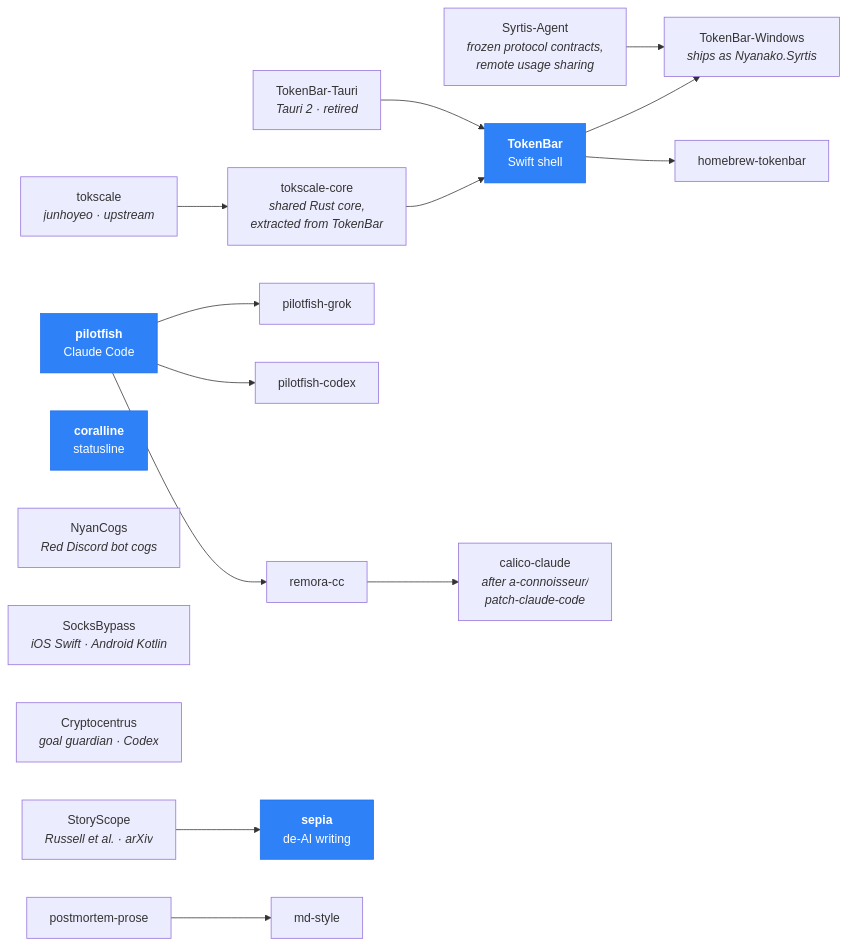
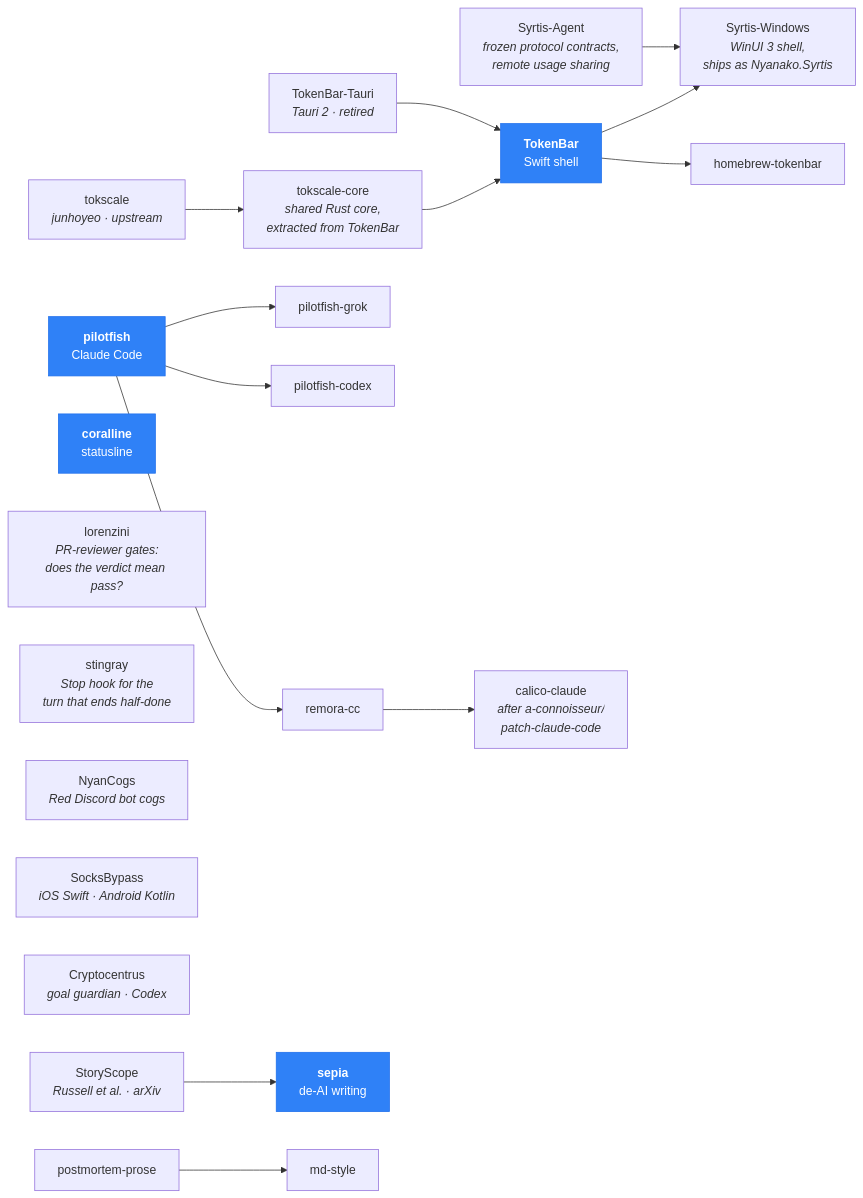
One commit to Nanako0129/Nanako0129 changed the diagram in README.md. Above: the diagram before and after it, drawn with Mermaid.

````diff
--- a/README.md
+++ b/README.md
@@ -117,25 +117,27 @@
 ```mermaid
 graph LR
   TS["tokscale<br/><i>junhoyeo · upstream</i>"] --> TC["tokscale-core<br/><i>shared Rust core,<br/>extracted from TokenBar</i>"]
   TC --> T2
   T1["TokenBar-Tauri<br/><i>Tauri 2 · retired</i>"] --> T2["<b>TokenBar</b><br/>Swift shell"]
-  T2 --> T3["TokenBar-Windows<br/><i>ships as Nyanako.Syrtis</i>"]
+  T2 --> T3["Syrtis-Windows<br/><i>WinUI 3 shell,<br/>ships as Nyanako.Syrtis</i>"]
   T2 --> T4["homebrew-tokenbar"]
   SY["Syrtis-Agent<br/><i>frozen protocol contracts,<br/>remote usage sharing</i>"] --> T3
 
   P1["<b>pilotfish</b><br/>Claude Code"] --> P2["pilotfish-grok"]
   P1 --> P3["pilotfish-codex"]
   P1 --> P4["remora-cc"]
   P4 --> P5["calico-claude<br/><i>after a-connoisseur/<br/>patch-claude-code</i>"]
 
   C1["<b>coralline</b><br/>statusline"]
+  L1["lorenzini<br/><i>PR-reviewer gates:<br/>does the verdict mean pass?</i>"]
+  ST["stingray<br/><i>Stop hook for the<br/>turn that ends half-done</i>"]
   N1["NyanCogs<br/><i>Red Discord bot cogs</i>"]
   S1["SocksBypass<br/><i>iOS Swift · Android Kotlin</i>"]
   CR["Cryptocentrus<br/><i>goal guardian · Codex</i>"]
 
   SS["StoryScope<br/><i>Russell et al. · arXiv</i>"] --> W3["<b>sepia</b><br/>de-AI writing"]
   W1["postmortem-prose"] --> W2["md-style"]
 
   classDef flagship fill:#2f81f7,stroke:#1f6feb,color:#fff
   class T2,P1,C1,W3 flagship
 ```
````
